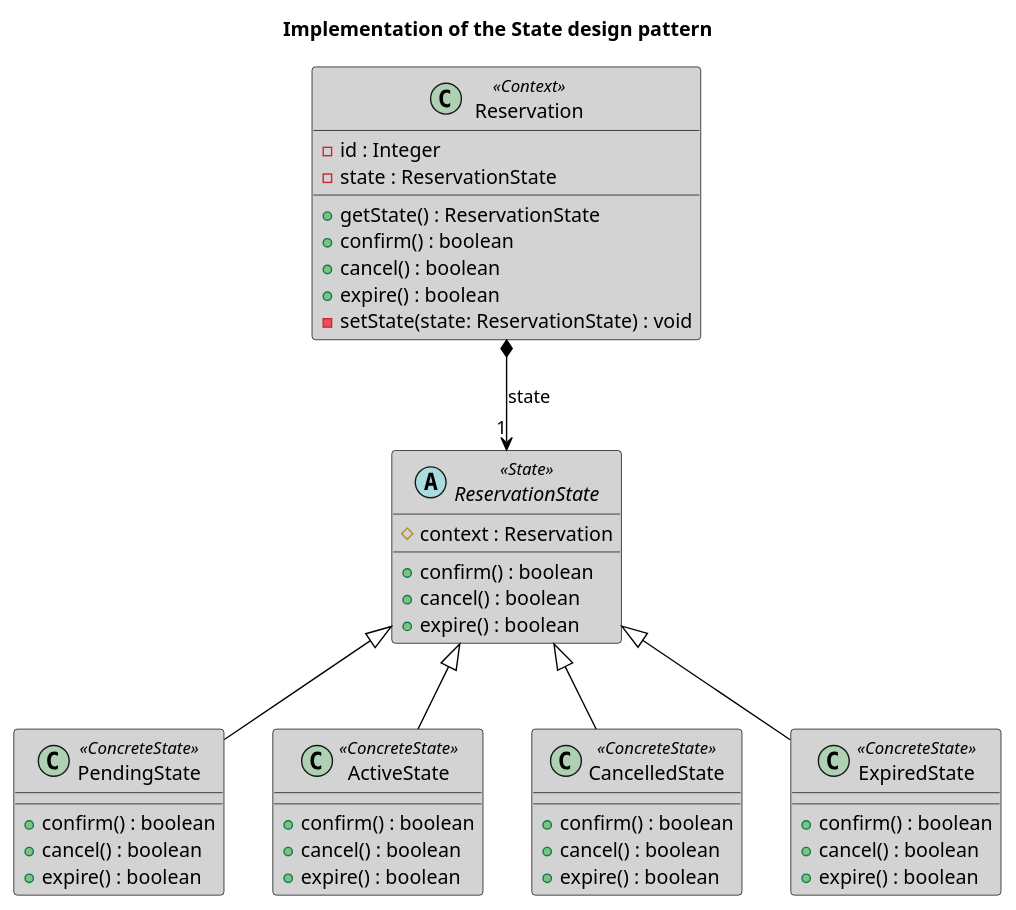
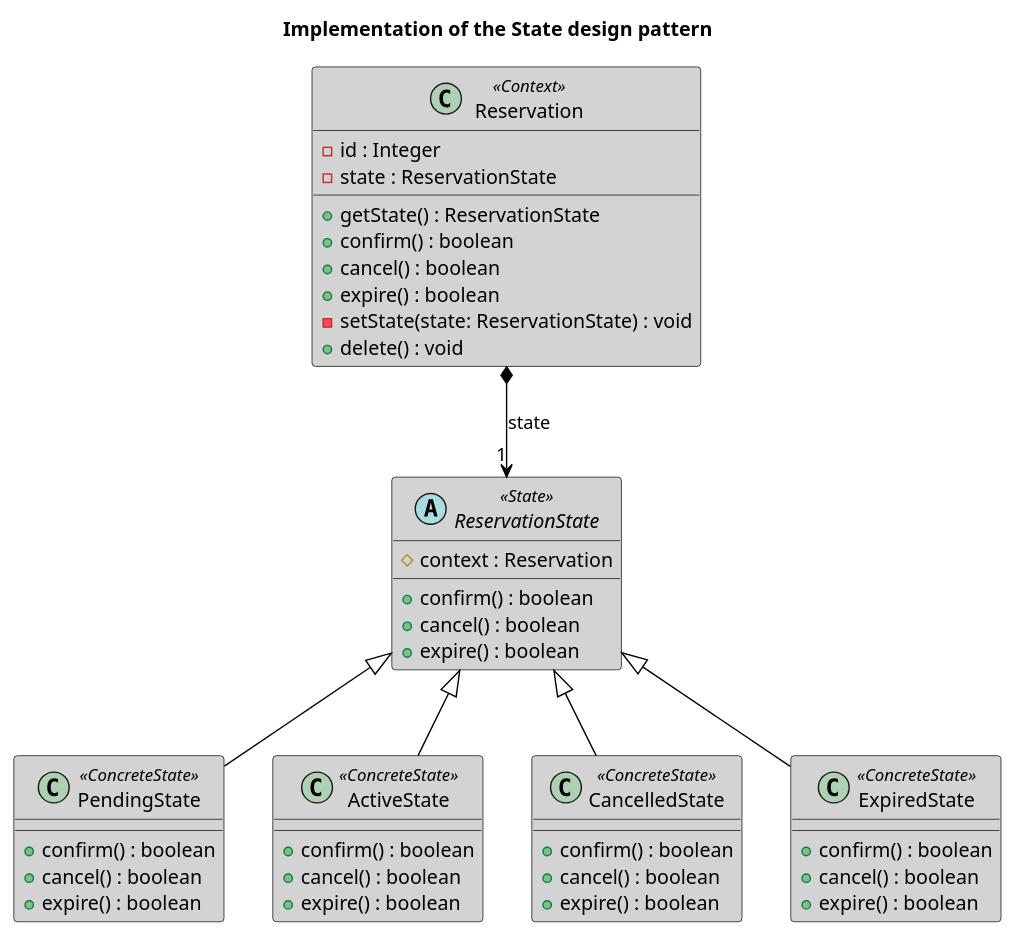
Before and after one commit to AidenCze/SWI-Project: the diagram in docs/diagramy/class-state.puml, drawn with PlantUML. The commit also changed 2 other files, not shown here.

Commit message:
Add delete method to Reservation class and refine state descriptions in diagrams

```diff
--- a/docs/diagramy/class-state.puml
+++ b/docs/diagramy/class-state.puml
@@ -1,60 +1,61 @@
 @startuml
 title Implementation of the State design pattern
 
 skinparam class {
     BackgroundColor LightGray
     ArrowColor Black
     BorderColor Black
 }
 
 class "Reservation" as Res <<Context>>  {
     - id : Integer
     - state : ReservationState
     + getState() : ReservationState
     + confirm() : boolean
     + cancel() : boolean
     + expire() : boolean
     - setState(state: ReservationState) : void
+    + delete() : void
 }
-
 
 
 abstract class "ReservationState" as State <<State>> {
     # context : Reservation
     + confirm() : boolean
     + cancel() : boolean
     + expire() : boolean
 }
 
 class "PendingState" as StatePending <<ConcreteState>> {
     + confirm() : boolean
     + cancel() : boolean
     + expire() : boolean
 }
 
 class "ActiveState" as StateActive <<ConcreteState>> {
     + confirm() : boolean
     + cancel() : boolean
     + expire() : boolean
 }
 
 class "CancelledState" as StateCancelled <<ConcreteState>> {
     + confirm() : boolean
     + cancel() : boolean
     + expire() : boolean
 }
 
 class "ExpiredState" as StateExpired <<ConcreteState>> {
     + confirm() : boolean
     + cancel() : boolean
     + expire() : boolean
 }
 
 
+
 ' Strukturální vztahy vzoru State
 Res *--> "1" State : state
 State <|-- StatePending
 State <|-- StateActive
 State <|-- StateCancelled
 State <|-- StateExpired
 @enduml
```
